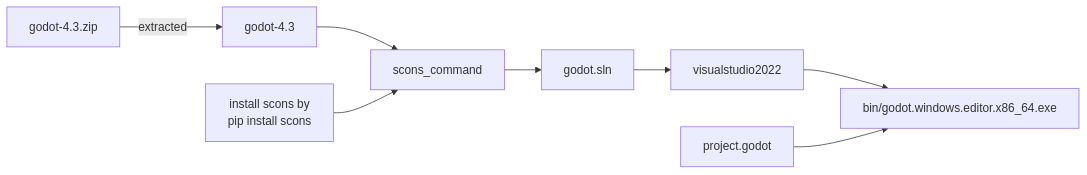
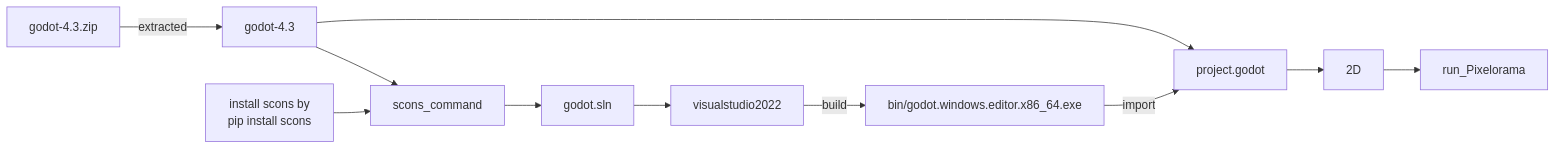
Before and after one commit to jamad/Pixelorama: the diagram in README.md, drawn with Mermaid.

````diff
--- a/README.md
+++ b/README.md
@@ -31,10 +31,12 @@
 ```mermaid
 
 graph LR
 
-godot-4.3.zip -- extracted --> godot-4.3 --> scons_command -->  godot.sln --> visualstudio2022 -->exe["bin/godot.windows.editor.x86_64.exe"]
+godot-4.3.zip -- extracted --> godot-4.3 --> scons_command -->  godot.sln --> visualstudio2022 -- build -->exe["bin/godot.windows.editor.x86_64.exe"]
 scons["install scons by <br>pip install scons"] --> scons_command
 
-project.godot--> exe
+godot-4.3 -->project.godot
+
+exe --import --> project.godot --> 2D --> run_Pixelorama 
 
 ```
````
